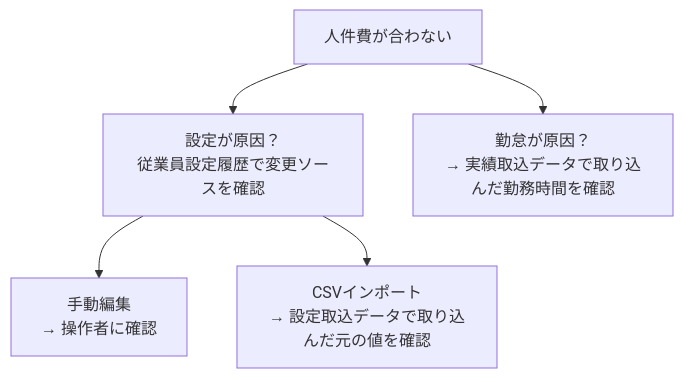
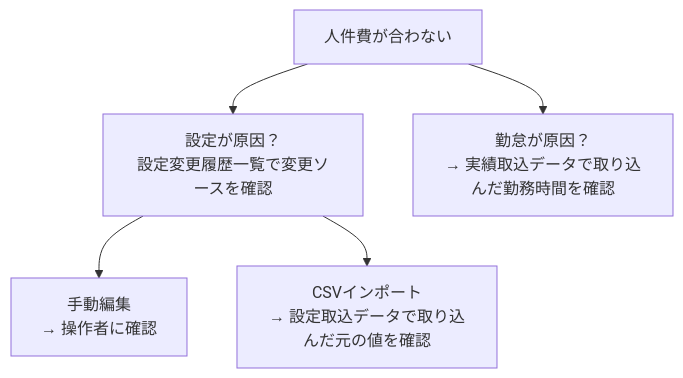
Before and after one commit to suguru789987/rakmy-employee-mgmt-spec: diagram 12 of 15 in 20260803_01_従業員管理_仕様書_PdM版.md, drawn with Mermaid. The commit also changed other lines of this file and 18 other files, not shown here.

````diff
--- a/20260803_01_従業員管理_仕様書_PdM版.md
+++ b/20260803_01_従業員管理_仕様書_PdM版.md
@@ -521,7 +521,7 @@
 ```mermaid
 flowchart TB
-  Q["人件費が合わない"] --> S["設定が原因？<br/>従業員設定履歴で変更ソースを確認"]
+  Q["人件費が合わない"] --> S["設定が原因？<br/>設定変更履歴一覧で変更ソースを確認"]
   S --> S1["手動編集<br/>→ 操作者に確認"]
   S --> S2["CSVインポート<br/>→ 設定取込データで取り込んだ元の値を確認"]
   Q --> K["勤怠が原因？<br/>→ 実績取込データで取り込んだ勤務時間を確認"]
 ```
````
